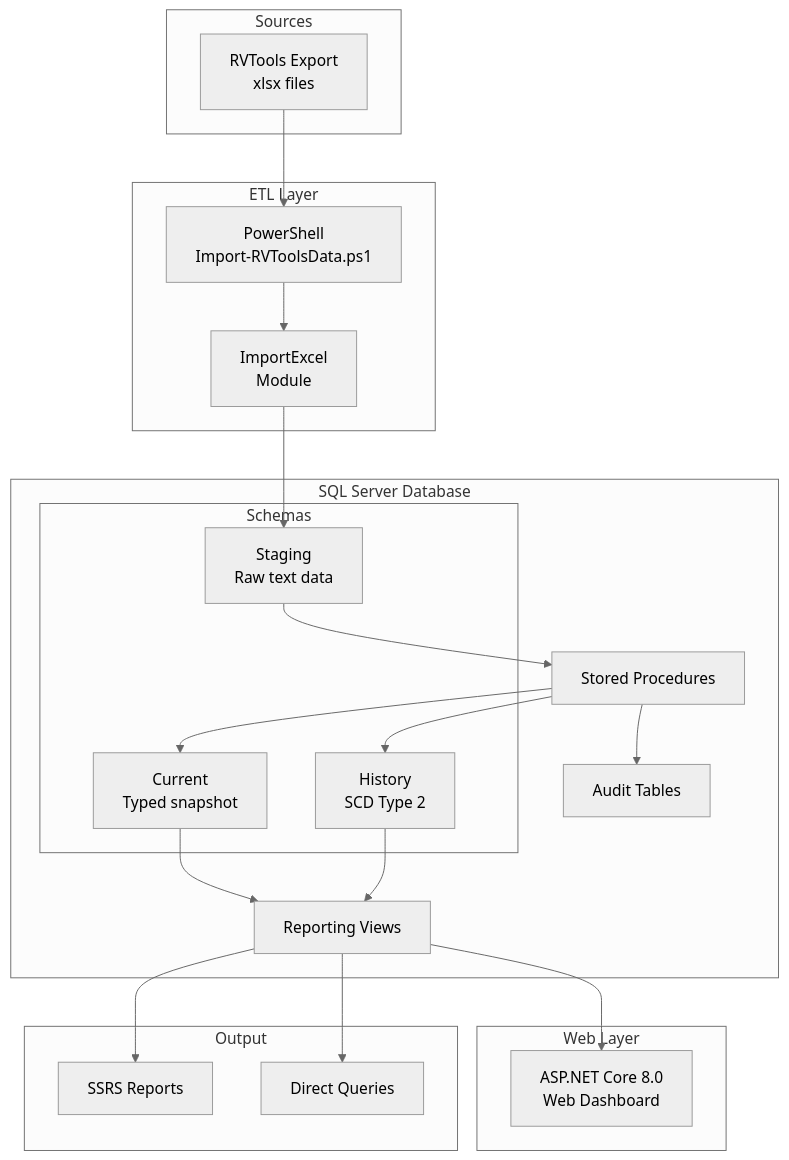
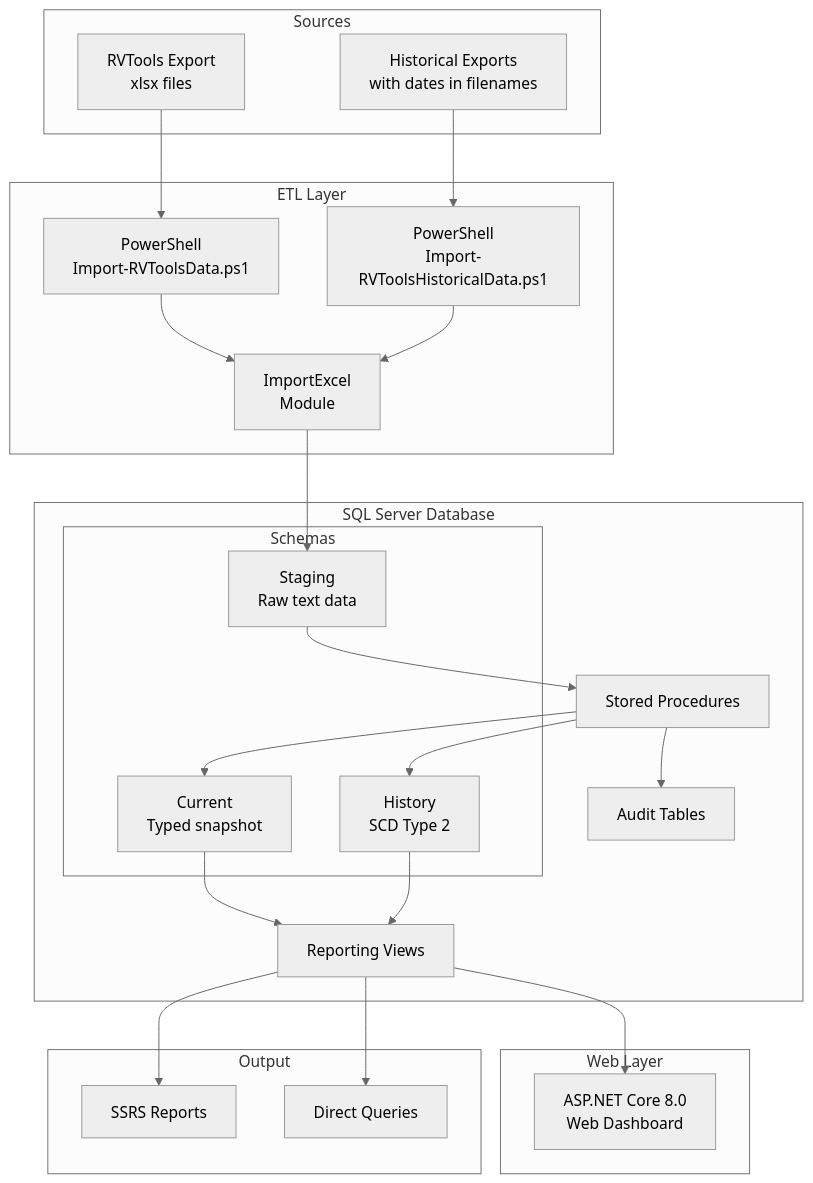
The diagram in docs/architecture/overview.md (bankielewicz/rvtools-sql-server-data-warehouse), drawn with Mermaid (neutral theme) before and after one commit. The commit also changed other lines of this file and 12 other files, not shown here.

First line of the commit message:
feat: Add historical import with date parsing from filenames

````diff
--- a/docs/architecture/overview.md
+++ b/docs/architecture/overview.md
@@ -11,44 +11,48 @@
 ```mermaid
 graph TB
     subgraph Sources
         RV[RVTools Export<br/>xlsx files]
+        HRV[Historical Exports<br/>with dates in filenames]
     end
 
     subgraph ETL["ETL Layer"]
         PS[PowerShell<br/>Import-RVToolsData.ps1]
+        HPS[PowerShell<br/>Import-RVToolsHistoricalData.ps1]
         IE[ImportExcel<br/>Module]
     end
 
     subgraph Database["SQL Server Database"]
         subgraph Schemas
             STG[Staging<br/>Raw text data]
             CUR[Current<br/>Typed snapshot]
             HIS[History<br/>SCD Type 2]
         end
         SP[Stored Procedures]
         VW[Reporting Views]
         AUD[Audit Tables]
     end
 
     subgraph Web["Web Layer"]
         WEB[ASP.NET Core 8.0<br/>Web Dashboard]
     end
 
     subgraph Output
         RPT[SSRS Reports]
         SQL[Direct Queries]
     end
 
     RV --> PS
+    HRV --> HPS
     PS --> IE
+    HPS --> IE
     IE --> STG
     STG --> SP
     SP --> CUR
     SP --> HIS
     SP --> AUD
     CUR --> VW
     HIS --> VW
     VW --> WEB
     VW --> RPT
     VW --> SQL
 ```
````
